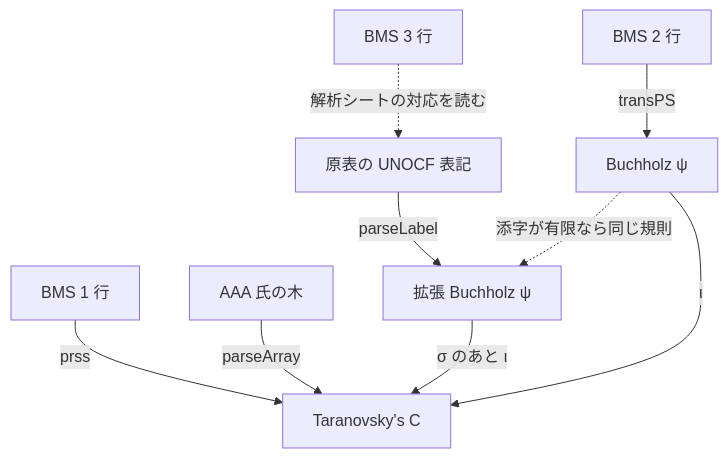
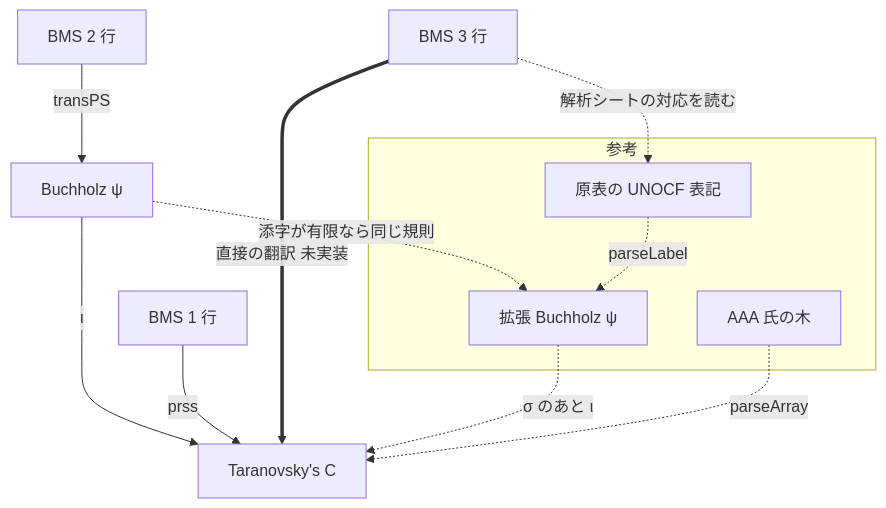
The first of 4 diagrams in tools/README.md (koteitan/bms-vs-taranovskys-c), drawn with Mermaid before and after one commit. The commit also changed other lines of this file and 5 other files, not shown here.

````diff
--- a/tools/README.md
+++ b/tools/README.md
@@ -10,20 +17,23 @@
 ```mermaid
 flowchart TB
   BMS1["BMS 1 行"]
   BMS2["BMS 2 行"]
   BMS3["BMS 3 行"]
-  AAA["AAA 氏の木"]
-  LABEL["原表の UNOCF 表記"]
   BT["Buchholz ψ"]
-  EBP["拡張 Buchholz ψ"]
   TC["Taranovsky's C"]
+  subgraph REF["参考"]
+    LABEL["原表の UNOCF 表記"]
+    EBP["拡張 Buchholz ψ"]
+    AAA["AAA 氏の木"]
+  end
 
+  BMS1 -->|"prss"| TC
   BMS2 -->|"transPS"| BT
+  BT -->|"ι"| TC
+  BMS3 ==>|"直接の翻訳 未実装"| TC
   BMS3 -.->|"解析シートの対応を読む"| LABEL
-  LABEL -->|"parseLabel"| EBP
+  LABEL -.->|"parseLabel"| EBP
   BT -.->|"添字が有限なら同じ規則"| EBP
-  BMS1 -->|"prss"| TC
-  BT -->|"ι"| TC
-  EBP -->|"σ のあと ι"| TC
-  AAA -->|"parseArray"| TC
+  EBP -.->|"σ のあと ι"| TC
+  AAA -.->|"parseArray"| TC
 ```
````
